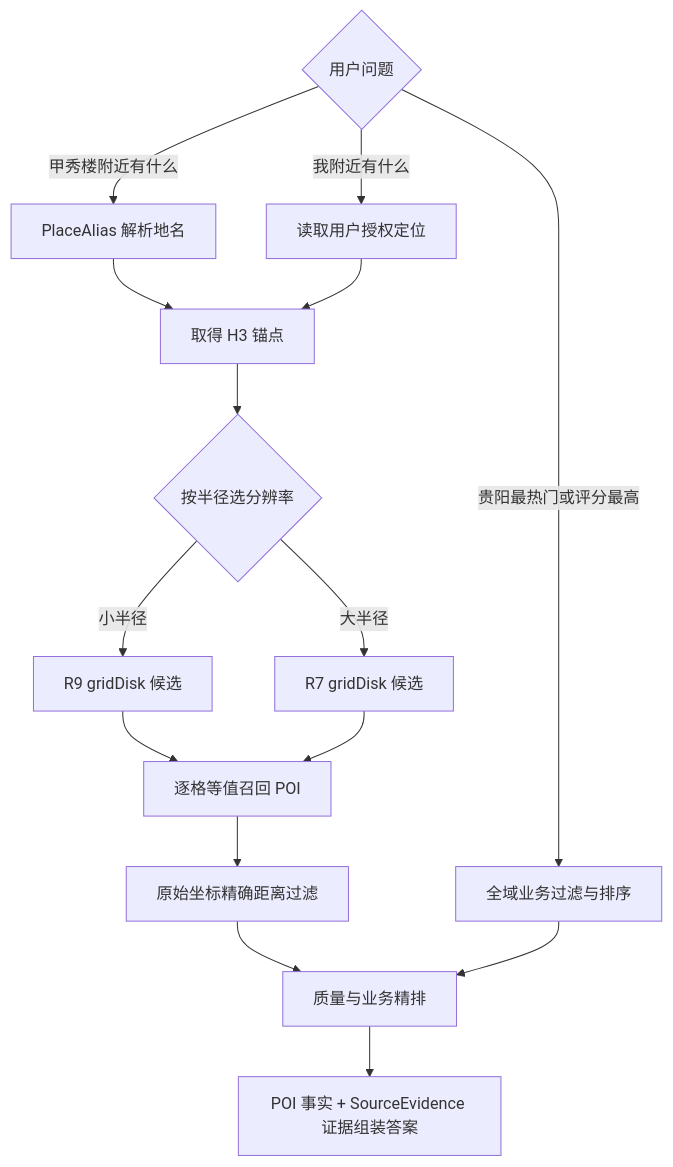
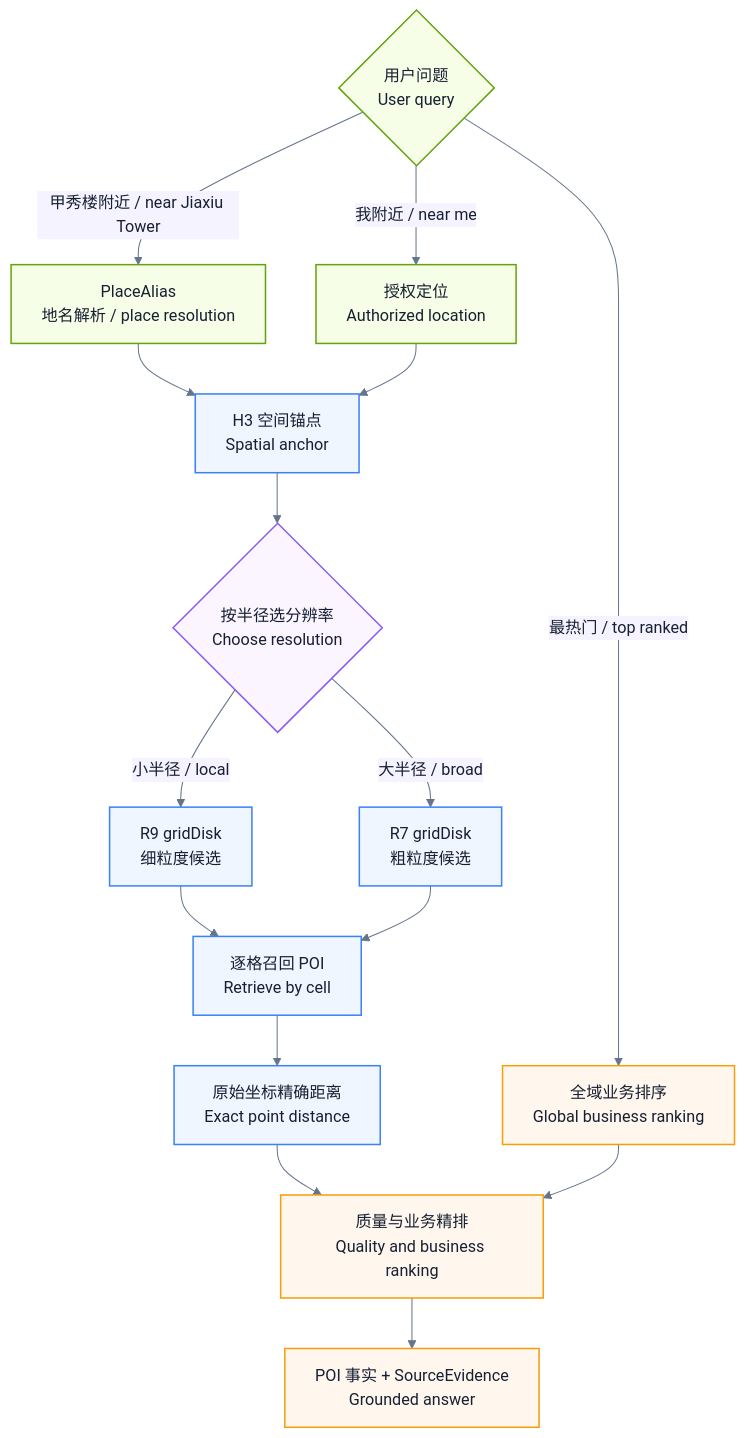
The ninth of 9 diagrams in README.md (3452078359-xuexue/knowledge-graph), drawn with Mermaid before and after one commit. The commit also changed other lines of this file and 1 other file, not shown here.

Commit message:
Add bilingual H3 guide and polished diagrams

````diff
--- a/README.md
+++ b/README.md
@@ -234,18 +310,27 @@
 ```mermaid
+%%{init: {"theme":"base","themeVariables":{"background":"#ffffff","primaryColor":"#eef6ff","primaryTextColor":"#172033","primaryBorderColor":"#3b82f6","lineColor":"#64748b","secondaryColor":"#f5f3ff","tertiaryColor":"#f7fee7","fontFamily":"Arial"}}}%%
 flowchart TD
-    Q{用户问题}
-    Q -->|甲秀楼附近有什么| N[PlaceAlias 解析地名]
-    Q -->|我附近有什么| U[读取用户授权定位]
-    Q -->|贵阳最热门或评分最高| G[全域业务过滤与排序]
-    N --> H[取得 H3 锚点]
+    Q{用户问题<br/>User query}
+    Q -->|甲秀楼附近 / near Jiaxiu Tower| N[PlaceAlias<br/>地名解析 / place resolution]
+    Q -->|我附近 / near me| U[授权定位<br/>Authorized location]
+    Q -->|最热门 / top ranked| G[全域业务排序<br/>Global business ranking]
+    N --> H[H3 空间锚点<br/>Spatial anchor]
     U --> H
-    H --> S{按半径选分辨率}
-    S -->|小半径| R9[R9 gridDisk 候选]
-    S -->|大半径| R7[R7 gridDisk 候选]
-    R9 --> E[逐格等值召回 POI]
+    H --> S{按半径选分辨率<br/>Choose resolution}
+    S -->|小半径 / local| R9[R9 gridDisk<br/>细粒度候选]
+    S -->|大半径 / broad| R7[R7 gridDisk<br/>粗粒度候选]
+    R9 --> E[逐格召回 POI<br/>Retrieve by cell]
     R7 --> E
-    E --> D[原始坐标精确距离过滤]
-    D --> B[质量与业务精排]
+    E --> D[原始坐标精确距离<br/>Exact point distance]
+    D --> B[质量与业务精排<br/>Quality and business ranking]
     G --> B
-    B --> A[POI 事实 + SourceEvidence 证据组装答案]
+    B --> A[POI 事实 + SourceEvidence<br/>Grounded answer]
+    classDef query fill:#f7fee7,stroke:#65a30d,color:#172033,stroke-width:1.5px;
+    classDef decision fill:#faf5ff,stroke:#8b5cf6,color:#172033,stroke-width:1.5px;
+    classDef spatial fill:#eff6ff,stroke:#3b82f6,color:#172033,stroke-width:1.5px;
+    classDef rank fill:#fff7ed,stroke:#f59e0b,color:#172033,stroke-width:1.5px;
+    class Q,N,U query;
+    class S decision;
+    class H,R9,R7,E,D spatial;
+    class G,B,A rank;
 ```
````
